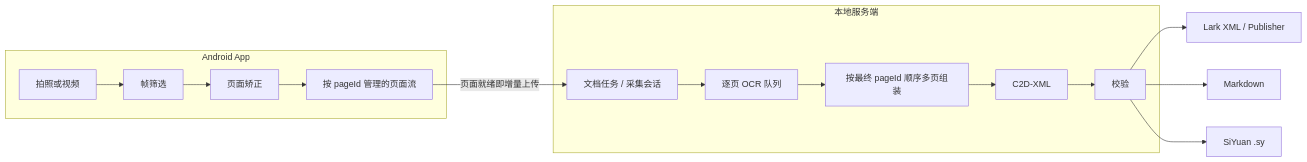
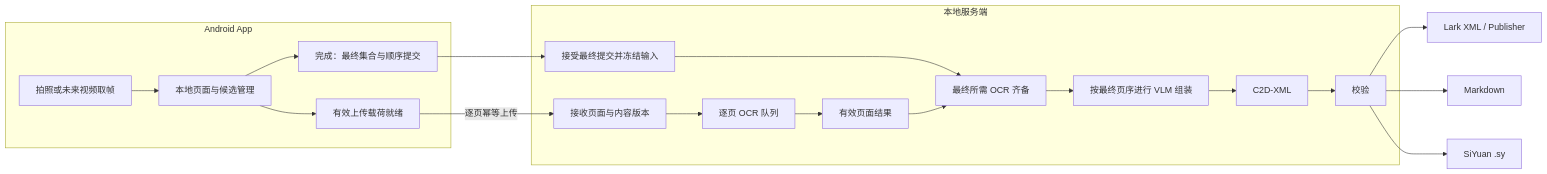
The diagram in docs/architecture.md (liuzijian-cs/capture2doc), drawn with Mermaid before and after one commit. The commit also changed other lines of this file and 16 other files, not shown here.

````diff
--- a/docs/architecture.md
+++ b/docs/architecture.md
@@ -35,20 +39,24 @@
 ```mermaid
 flowchart LR
     subgraph Android[Android App]
-        A[拍照或视频] --> B[帧筛选]
-        B --> C[页面矫正]
-        C --> D[按 pageId 管理的页面流]
+        A[拍照或未来视频取帧] --> D[本地页面与候选管理]
+        D --> P[有效上传载荷就绪]
+        D --> F[完成：最终集合与顺序提交]
     end
 
     subgraph Server[本地服务端]
-        E[文档任务 / 采集会话] --> F[逐页 OCR 队列]
-        F --> G[按最终 pageId 顺序多页组装]
+        E[接收页面与内容版本] --> Q[逐页 OCR 队列]
+        Q --> R[有效页面结果]
+        S[接受最终提交并冻结输入] --> Gate[最终所需 OCR 齐备]
+        R --> Gate
+        Gate --> G[按最终页序进行 VLM 组装]
         G --> H[C2D-XML]
         H --> I[校验]
     end
 
-    D -->|页面就绪即增量上传| E
+    P -->|逐页幂等上传| E
+    F --> S
     I --> J[Lark XML / Publisher]
     I --> K[Markdown]
     I --> L[SiYuan .sy]
 ```
````
